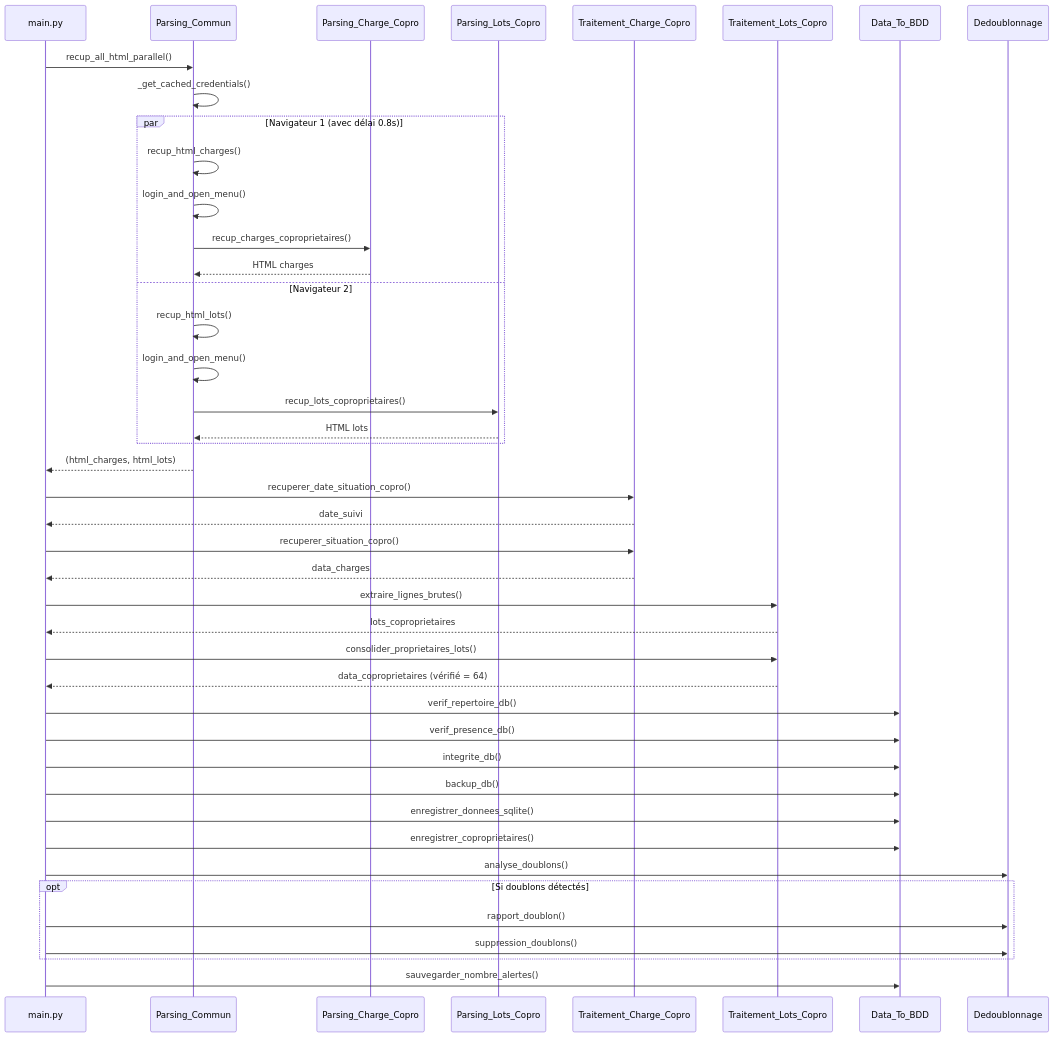
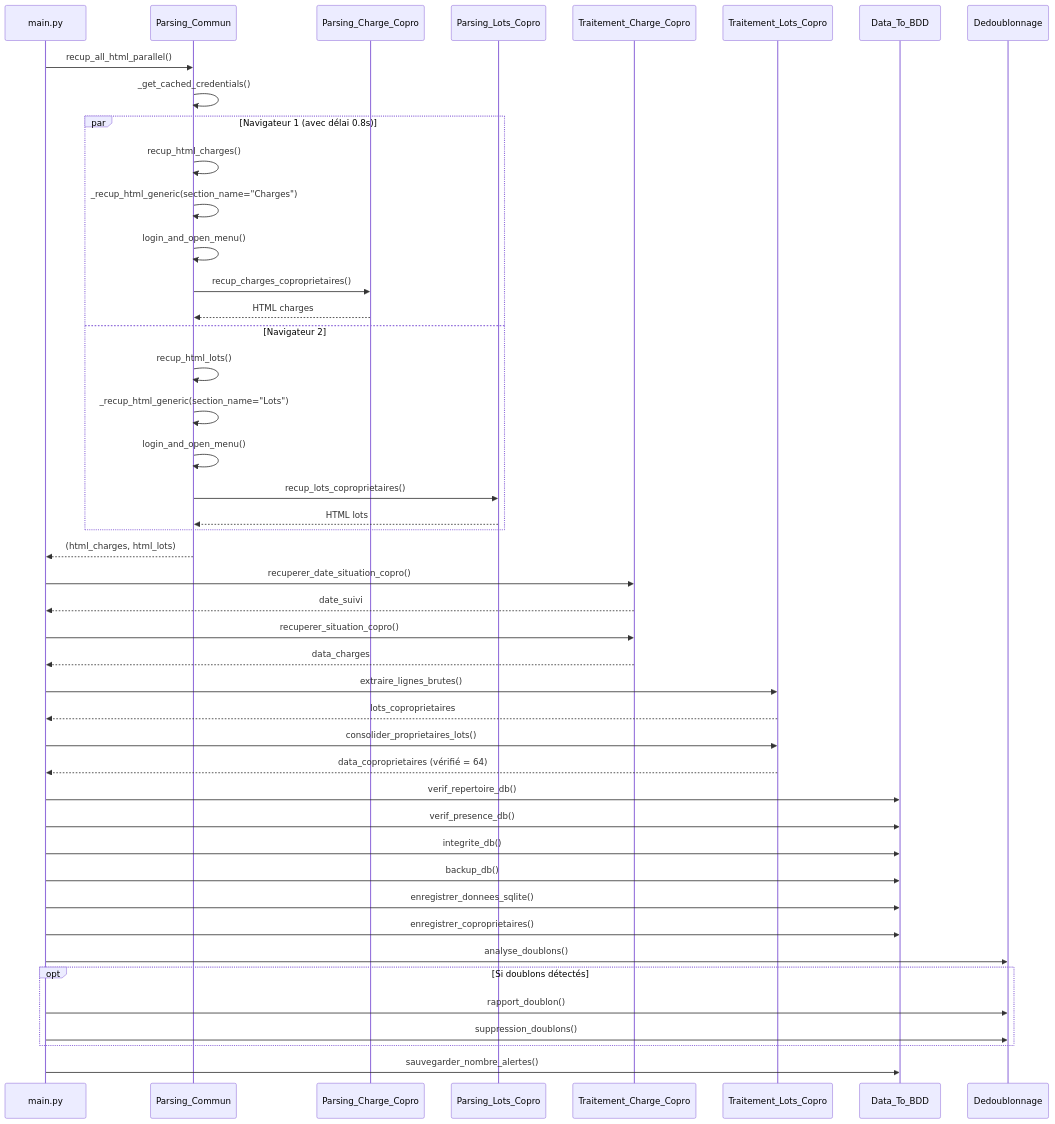
One commit to therealcorwin/CPTCOPRO changed the second of 5 diagrams in reports/call_graph.md. Above: the diagram before and after it, drawn with Mermaid. The commit also changed other lines of this file and 8 other files, not shown here.

Commit message:
feat: Améliorer la documentation et l'architecture du projet, ajouter des descriptions aux modules et fonctions

````diff
--- a/reports/call_graph.md
+++ b/reports/call_graph.md
@@ -112,55 +114,57 @@
 ```mermaid
 sequenceDiagram
     participant M as main.py
     participant PC as Parsing_Commun
     participant PCC as Parsing_Charge_Copro
     participant PLC as Parsing_Lots_Copro
     participant TC as Traitement_Charge_Copro
     participant TL as Traitement_Lots_Copro
     participant DB as Data_To_BDD
     participant DD as Dedoublonnage
     
     M->>PC: recup_all_html_parallel()
     PC->>PC: _get_cached_credentials()
     
     par Navigateur 1 (avec délai 0.8s)
         PC->>PC: recup_html_charges()
+        PC->>PC: _recup_html_generic(section_name="Charges")
         PC->>PC: login_and_open_menu()
         PC->>PCC: recup_charges_coproprietaires()
         PCC-->>PC: HTML charges
     and Navigateur 2
         PC->>PC: recup_html_lots()
+        PC->>PC: _recup_html_generic(section_name="Lots")
         PC->>PC: login_and_open_menu()
         PC->>PLC: recup_lots_coproprietaires()
         PLC-->>PC: HTML lots
     end
     
     PC-->>M: (html_charges, html_lots)
     
     M->>TC: recuperer_date_situation_copro()
     TC-->>M: date_suivi
     
     M->>TC: recuperer_situation_copro()
     TC-->>M: data_charges
     
     M->>TL: extraire_lignes_brutes()
     TL-->>M: lots_coproprietaires
     
     M->>TL: consolider_proprietaires_lots()
     TL-->>M: data_coproprietaires (vérifié = 64)
     
     M->>DB: verif_repertoire_db()
     M->>DB: verif_presence_db()
     M->>DB: integrite_db()
     M->>DB: backup_db()
     M->>DB: enregistrer_donnees_sqlite()
     M->>DB: enregistrer_coproprietaires()
     
     M->>DD: analyse_doublons()
     opt Si doublons détectés
         M->>DD: rapport_doublon()
         M->>DD: suppression_doublons()
     end
     
     M->>DB: sauvegarder_nombre_alertes()
 ```
````
